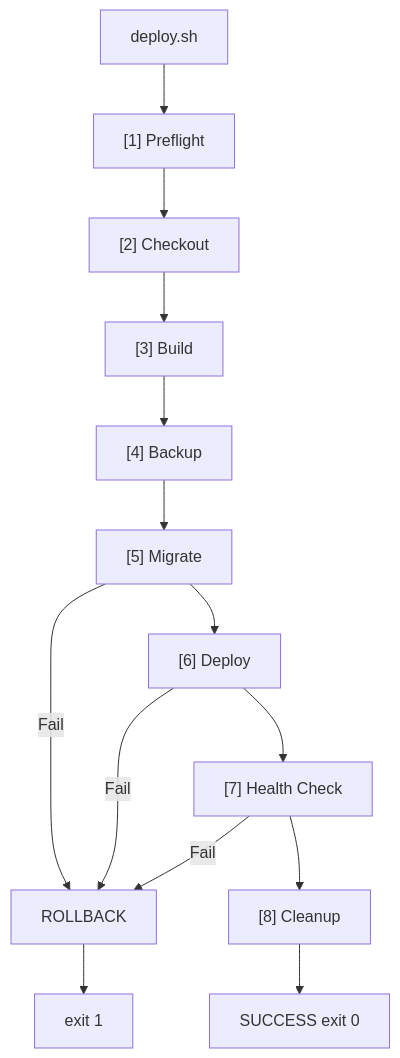
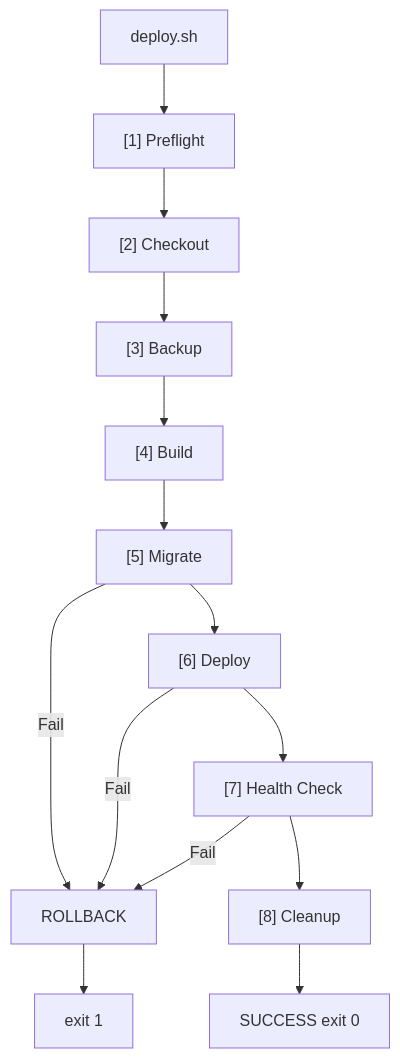
The third of 3 diagrams in docs/002-operations/ci-cd.md (kzokv/tw-portfolio), drawn with Mermaid before and after one commit. The commit also changed other lines of this file and 10 other files, not shown here.

````diff
--- a/docs/002-operations/ci-cd.md
+++ b/docs/002-operations/ci-cd.md
@@ -93,16 +96,16 @@
 ```mermaid
 flowchart TD
   A[deploy.sh] --> B["[1] Preflight"]
   B --> C["[2] Checkout"]
-  C --> D["[3] Build"]
-  D --> E["[4] Backup"]
+  C --> D["[3] Backup"]
+  D --> E["[4] Build"]
   E --> F["[5] Migrate"]
   F -->|Fail| R[ROLLBACK]
   F --> G["[6] Deploy"]
   G -->|Fail| R
   G --> H["[7] Health Check"]
   H -->|Fail| R
   H --> I["[8] Cleanup"]
   I --> J[SUCCESS exit 0]
   R --> K[exit 1]
 ```
````
